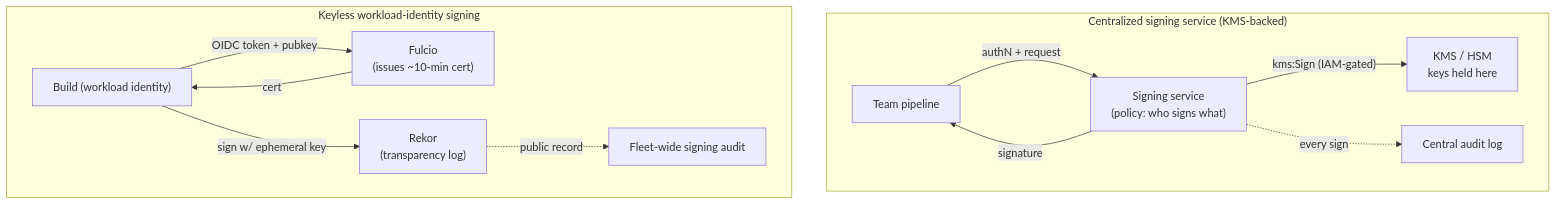
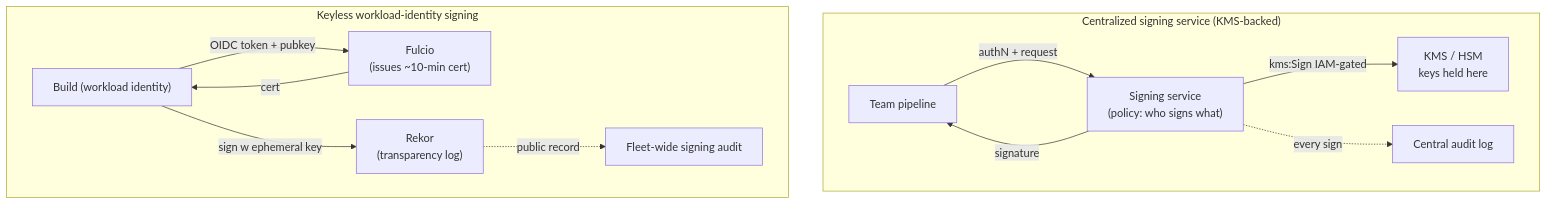
The fourth of 7 diagrams in book-05-signing-attestation/ch09-key-management.md (bumbsclaw/textbooks), drawn with Mermaid before and after one commit. The commit also changed other lines of this file and 173 other files, not shown here.

First line of the commit message:
fix(mermaid): close note brackets, semicolons in Notes, stateDiagram br -> dash, edge parens

````diff
--- a/book-05-signing-attestation/ch09-key-management.md
+++ b/book-05-signing-attestation/ch09-key-management.md
@@ -506,15 +506,15 @@
 ```mermaid
 flowchart TD
   subgraph central["Centralized signing service (KMS-backed)"]
     T1["Team pipeline"] -->|"authN + request"| SS["Signing service<br/>(policy: who signs what)"]
-    SS -->|"kms:Sign (IAM-gated)"| KMS["KMS / HSM<br/>keys held here"]
+    SS -->|"kms:Sign IAM-gated "| KMS["KMS / HSM<br/>keys held here"]
     SS -->|"signature"| T1
     SS -.->|"every sign"| AUD["Central audit log"]
   end
   subgraph keyless["Keyless workload-identity signing"]
     T2["Build (workload identity)"] -->|"OIDC token + pubkey"| FUL["Fulcio<br/>(issues ~10-min cert)"]
     FUL -->|"cert"| T2
-    T2 -->|"sign w/ ephemeral key"| REK["Rekor<br/>(transparency log)"]
+    T2 -->|"sign w ephemeral key"| REK["Rekor<br/>(transparency log)"]
     REK -.->|"public record"| AUD2["Fleet-wide signing audit"]
   end
 ```
````
